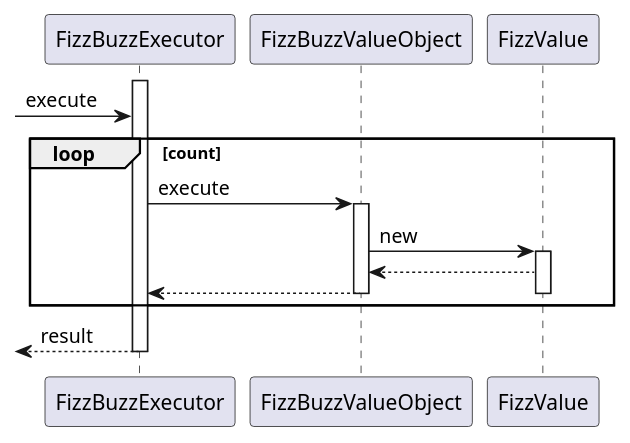
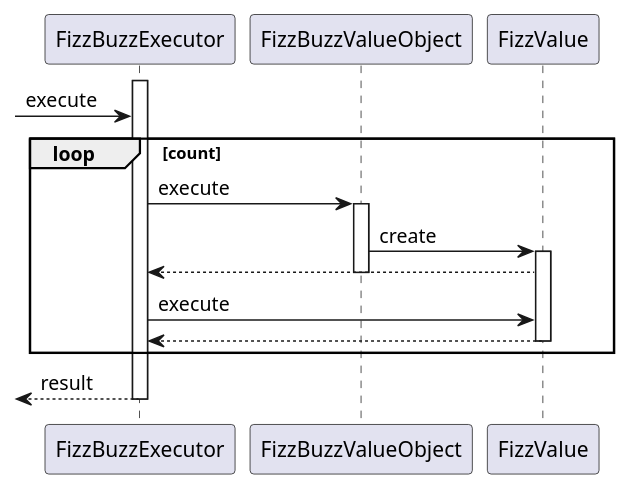
One commit to k2works/etude_for_ruby changed the second of 2 diagrams in docs/dev/_fizz_buzz.md. Above: the diagram before and after it, drawn with PlantUML. The commit also changed other lines of this file and 9 other files, not shown here.

````diff
--- a/docs/dev/_fizz_buzz.md
+++ b/docs/dev/_fizz_buzz.md
@@ -75,18 +74,19 @@
 ```puml
 @startuml
 activate FizzBuzzExecutor
 -> FizzBuzzExecutor :execute
 loop count
   FizzBuzzExecutor -> FizzBuzzValueObject :execute
   activate FizzBuzzValueObject
-    FizzBuzzValueObject -> FizzValue :new  
+    FizzBuzzValueObject -> FizzValue :create  
     activate FizzValue
-      FizzValue --> FizzBuzzValueObject
-      FizzBuzzExecutor <-- FizzBuzzValueObject
+      FizzBuzzExecutor <-- FizzValue        
+  deactivate FizzBuzzValueObject    
+      FizzBuzzExecutor -> FizzValue :execute
+      FizzBuzzExecutor <-- FizzValue        
     deactivate FizzValue
-  deactivate FizzBuzzValueObject
 end
 <-- FizzBuzzExecutor :result
 deactivate FizzBuzzExecutor
 @enduml
 ```
````
